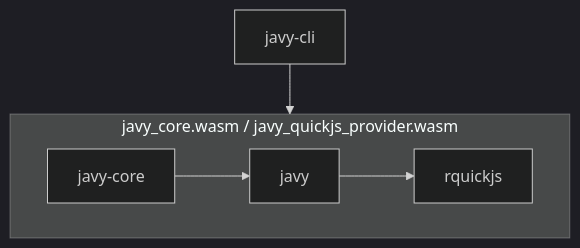
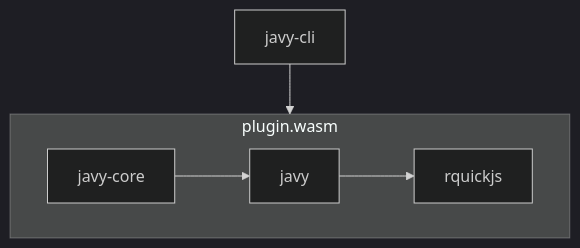
One commit to bytecodealliance/javy changed the diagram in docs/docs-contributing-architecture.md. Above: the diagram before and after it, drawn with Mermaid (dark theme). The commit also changed other lines of this file and 17 other files, not shown here.

Commit message:
Rename provider to plugin

````diff
--- a/docs/docs-contributing-architecture.md
+++ b/docs/docs-contributing-architecture.md
@@ -7,8 +7,8 @@
 ```mermaid
 flowchart TD
   javy-cli --> wasm
-  subgraph wasm[javy_core.wasm / javy_quickjs_provider.wasm]
+  subgraph wasm[plugin.wasm]
   javy-core --> javy
   javy --> rquickjs
   end
 ```
````
